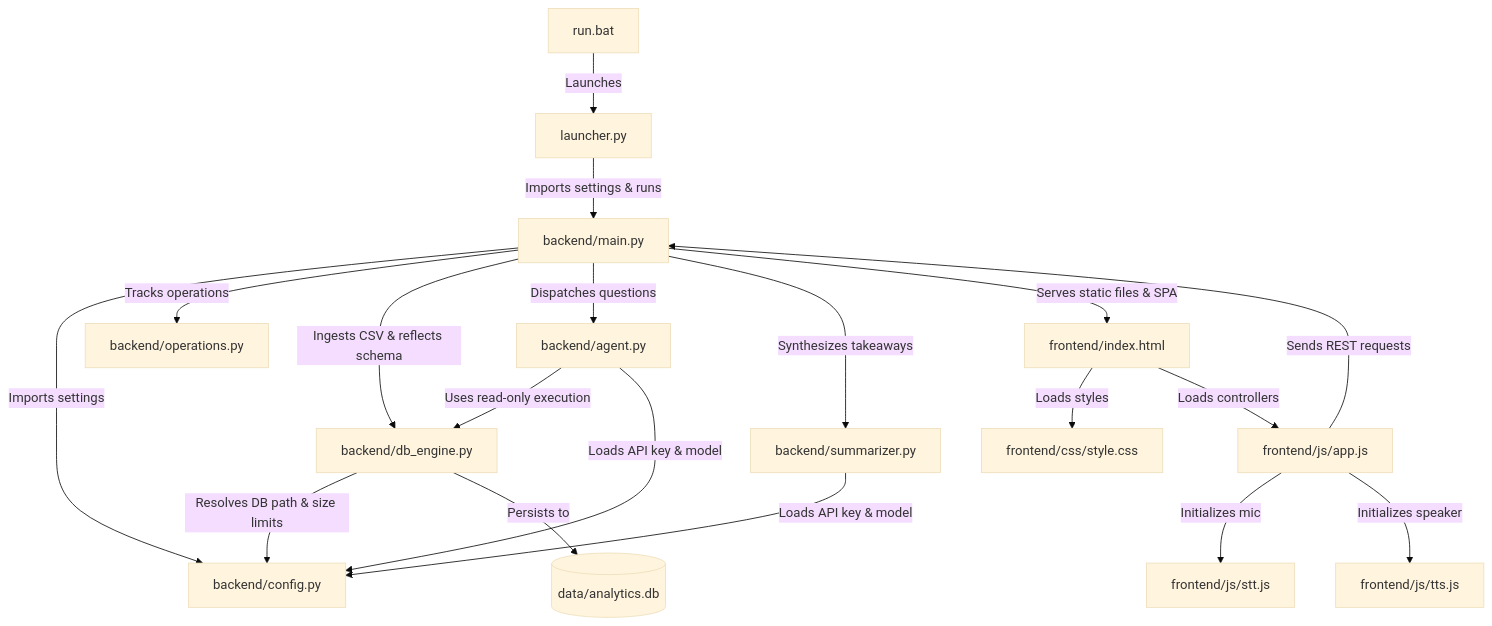
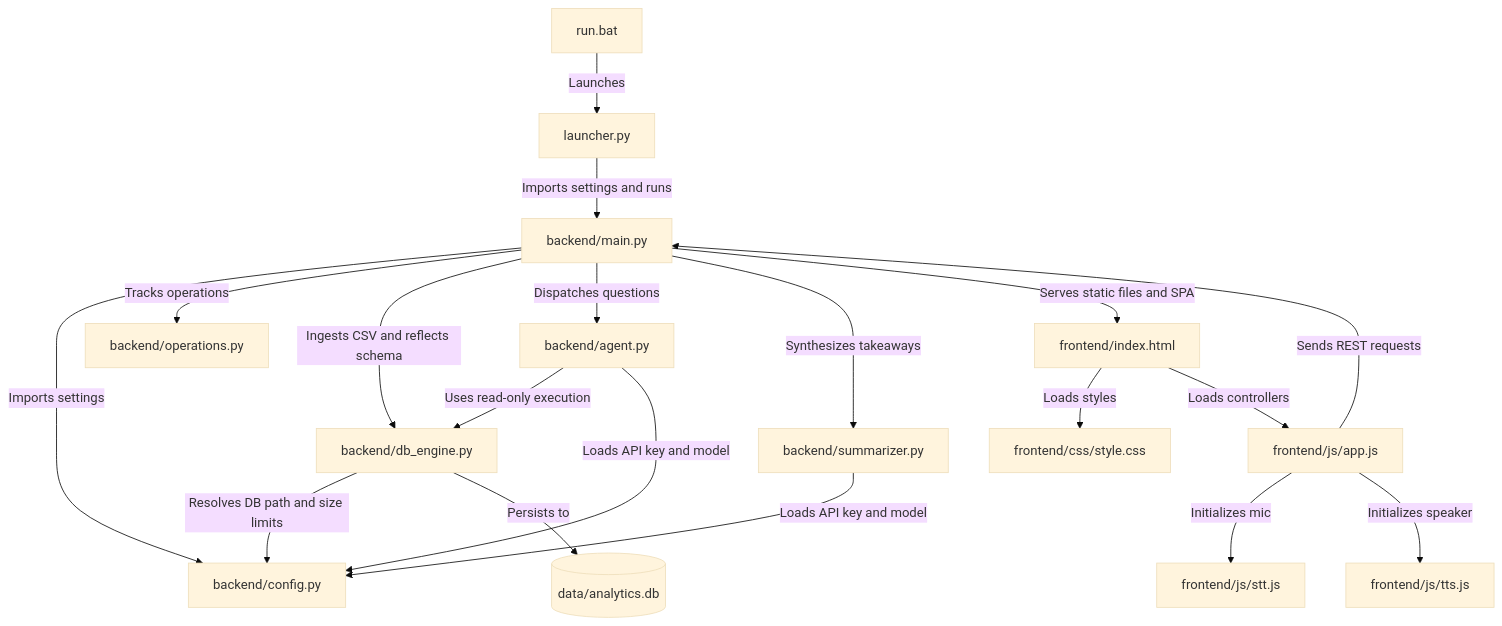
Before and after one commit to sankaran-s2001/VoiceCSV-Analytics-Agent: the second of 8 diagrams in README.md, drawn with Mermaid (base theme). The commit also changed other lines of this file, not shown here.

Commit message:
fix(docs): resolve GitHub Mermaid diagram rendering errors and unescaped characters

````diff
--- a/README.md
+++ b/README.md
@@ -594,24 +594,24 @@
 ```mermaid
 flowchart TD
     RunBat["run.bat"] -->|"Launches"| LauncherPy["launcher.py"]
-    LauncherPy -->|"Imports settings & runs"| MainPy["backend/main.py"]
+    LauncherPy -->|"Imports settings and runs"| MainPy["backend/main.py"]
     
     MainPy -->|"Imports settings"| ConfigPy["backend/config.py"]
     MainPy -->|"Tracks operations"| OpsPy["backend/operations.py"]
-    MainPy -->|"Ingests CSV & reflects schema"| DBEngine["backend/db_engine.py"]
+    MainPy -->|"Ingests CSV and reflects schema"| DBEngine["backend/db_engine.py"]
     MainPy -->|"Dispatches questions"| AgentPy["backend/agent.py"]
     MainPy -->|"Synthesizes takeaways"| SummarizerPy["backend/summarizer.py"]
-    MainPy -->|"Serves static files & SPA"| IndexHTML["frontend/index.html"]
+    MainPy -->|"Serves static files and SPA"| IndexHTML["frontend/index.html"]
 
     AgentPy -->|"Uses read-only execution"| DBEngine
-    AgentPy -->|"Loads API key & model"| ConfigPy
-    SummarizerPy -->|"Loads API key & model"| ConfigPy
-    DBEngine -->|"Resolves DB path & size limits"| ConfigPy
+    AgentPy -->|"Loads API key and model"| ConfigPy
+    SummarizerPy -->|"Loads API key and model"| ConfigPy
+    DBEngine -->|"Resolves DB path and size limits"| ConfigPy
     DBEngine -->|"Persists to"| SQLiteDB[("data/analytics.db")]
 
     IndexHTML -->|"Loads styles"| StyleCSS["frontend/css/style.css"]
     IndexHTML -->|"Loads controllers"| AppJS["frontend/js/app.js"]
     AppJS -->|"Initializes mic"| STTJS["frontend/js/stt.js"]
     AppJS -->|"Initializes speaker"| TTSJS["frontend/js/tts.js"]
     AppJS -->|"Sends REST requests"| MainPy
 ```
````
